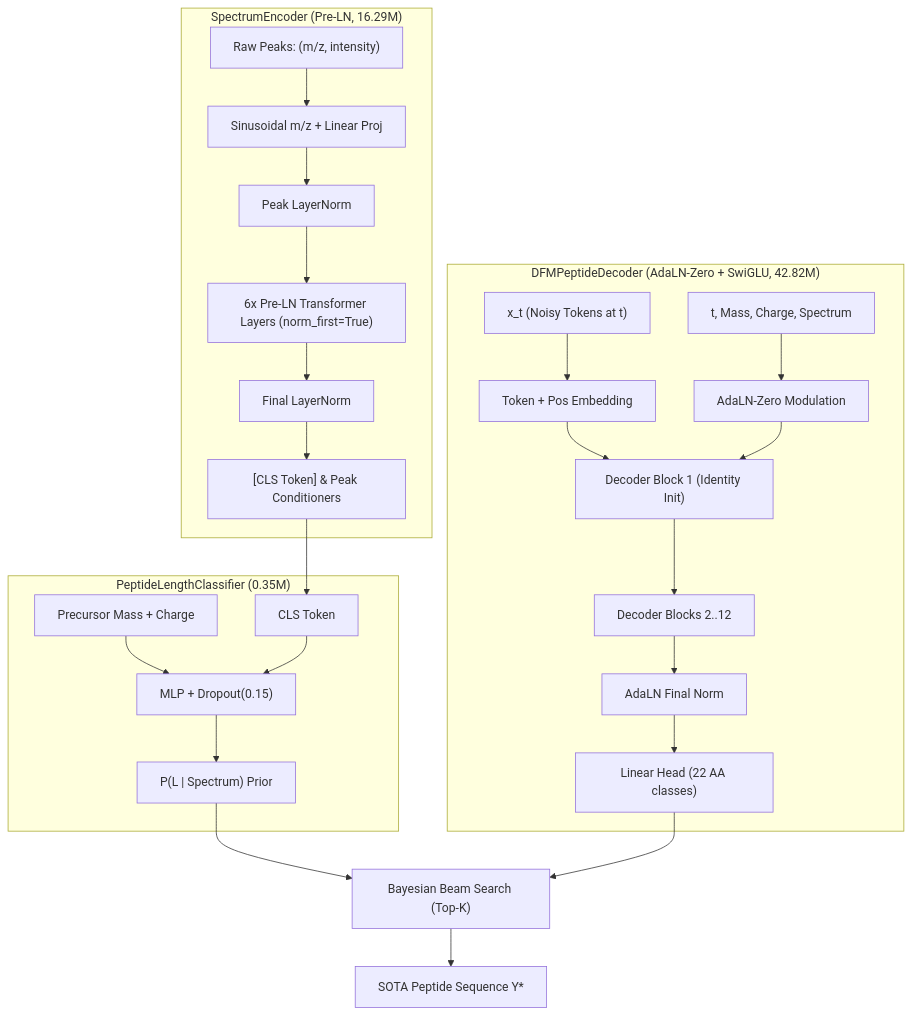
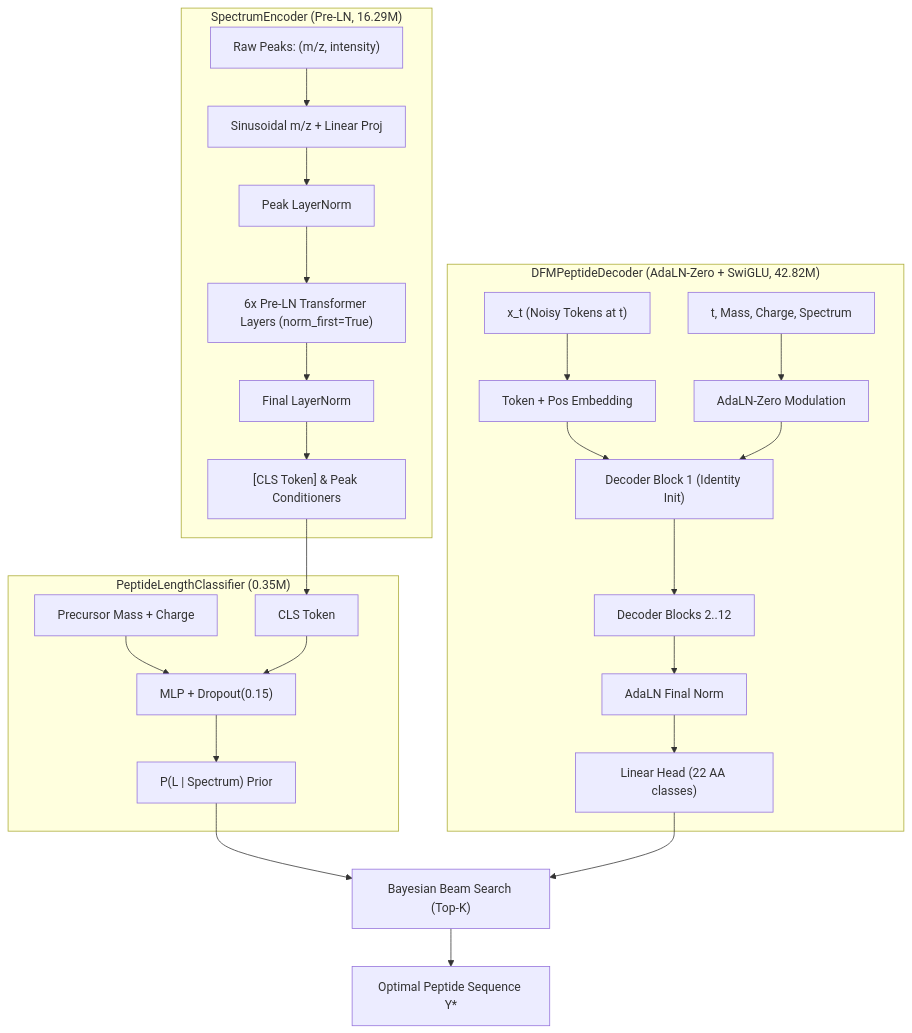
One commit to joelinator/JoelResearch changed the diagram in docs/ARCHITECTURE_DESIGN.md. Above: the diagram before and after it, drawn with Mermaid. The commit also changed other lines of this file and 8 other files, not shown here.

````diff
--- a/docs/ARCHITECTURE_DESIGN.md
+++ b/docs/ARCHITECTURE_DESIGN.md
@@ -143,31 +141,31 @@
 ```mermaid
 graph TD
     subgraph SpectrumEncoder["SpectrumEncoder (Pre-LN, 16.29M)"]
         RawPeaks["Raw Peaks: (m/z, intensity)"] --> PeakEmb["Sinusoidal m/z + Linear Proj"]
         PeakEmb --> PeakLN["Peak LayerNorm"]
         PeakLN --> EncStack["6x Pre-LN Transformer Layers (norm_first=True)"]
         EncStack --> FinalLN["Final LayerNorm"]
         FinalLN --> ClsPeak["[CLS Token] & Peak Conditioners"]
     end
 
     subgraph LengthBranch["PeptideLengthClassifier (0.35M)"]
         ClsPeak --> ClsTok["CLS Token"]
         PrecCond["Precursor Mass + Charge"] --> LenMLP["MLP + Dropout(0.15)"]
         ClsTok --> LenMLP
         LenMLP --> LenLogits["P(L | Spectrum) Prior"]
     end
 
     subgraph DFMDecoder["DFMPeptideDecoder (AdaLN-Zero + SwiGLU, 42.82M)"]
         NoisySeq["x_t (Noisy Tokens at t)"] --> TokEmb["Token + Pos Embedding"]
         TimeCond["t, Mass, Charge, Spectrum"] --> AdaLNBlock["AdaLN-Zero Modulation"]
         TokEmb --> DecBlock1["Decoder Block 1 (Identity Init)"]
         AdaLNBlock --> DecBlock1
         DecBlock1 --> DecBlockN["Decoder Blocks 2..12"]
         DecBlockN --> AdaFinal["AdaLN Final Norm"]
         AdaFinal --> OutHead["Linear Head (22 AA classes)"]
     end
 
     LenLogits --> BayesianBeam["Bayesian Beam Search (Top-K)"]
     OutHead --> BayesianBeam
-    BayesianBeam --> FinalPeptide["SOTA Peptide Sequence Y*"]
+    BayesianBeam --> FinalPeptide["Optimal Peptide Sequence Y*"]
 ```
````
